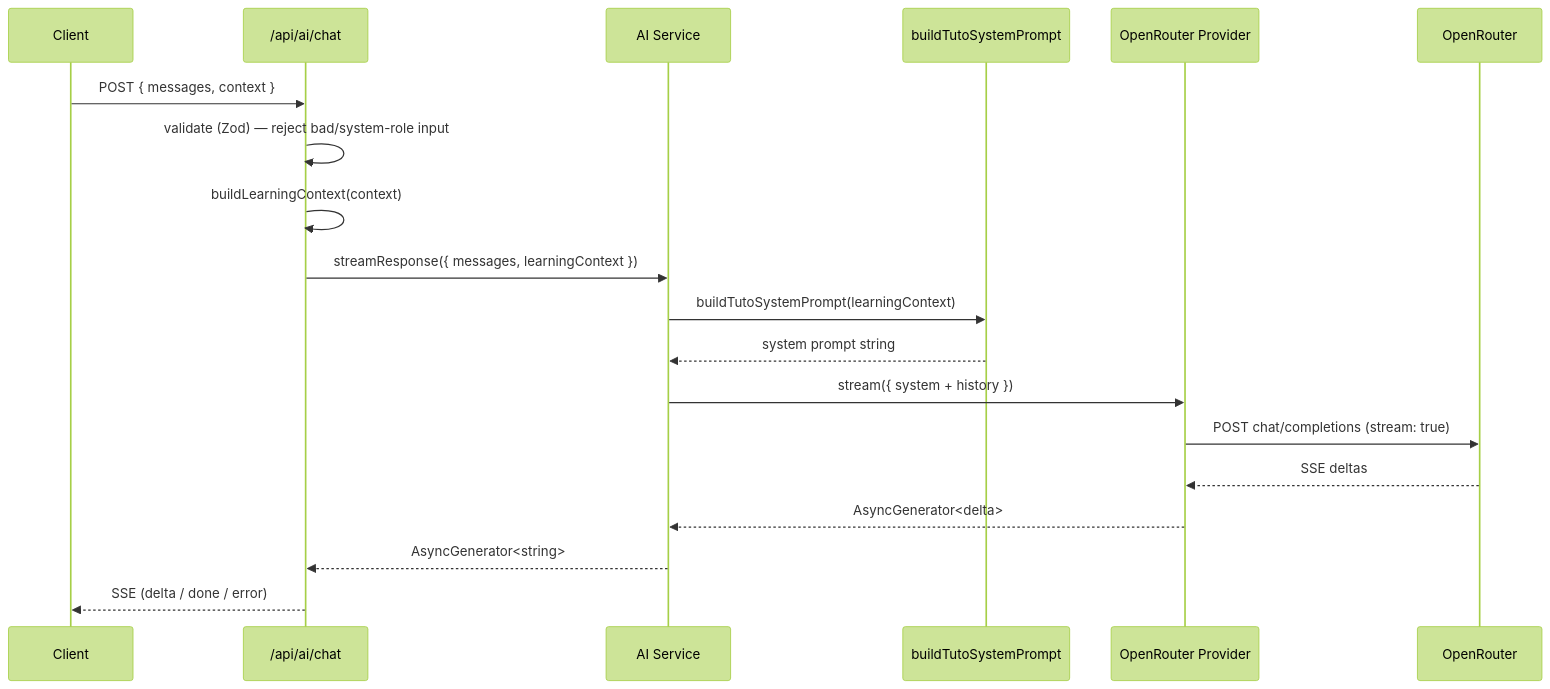
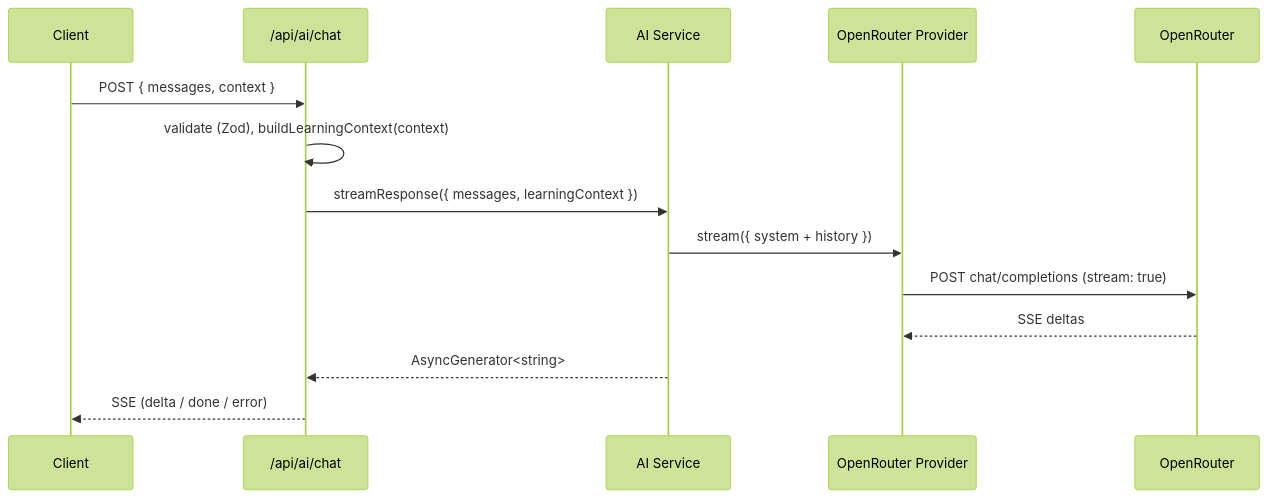
Before and after one commit to crazybizz-code/LinguAlphabet: the first of 2 diagrams in docs/ai-architecture.md, drawn with Mermaid (forest theme). The commit also changed other lines of this file and 16 other files, not shown here.

````diff
--- a/docs/ai-architecture.md
+++ b/docs/ai-architecture.md
@@ -201,22 +265,17 @@
 ```mermaid
 sequenceDiagram
     participant Client
     participant Route as /api/ai/chat
     participant Service as AI Service
-    participant Prompt as buildTutoSystemPrompt
     participant Provider as OpenRouter Provider
     participant OpenRouter
 
     Client->>Route: POST { messages, context }
-    Route->>Route: validate (Zod) — reject bad/system-role input
-    Route->>Route: buildLearningContext(context)
+    Route->>Route: validate (Zod), buildLearningContext(context)
     Route->>Service: streamResponse({ messages, learningContext })
-    Service->>Prompt: buildTutoSystemPrompt(learningContext)
-    Prompt-->>Service: system prompt string
     Service->>Provider: stream({ system + history })
     Provider->>OpenRouter: POST chat/completions (stream: true)
     OpenRouter-->>Provider: SSE deltas
-    Provider-->>Service: AsyncGenerator<delta>
     Service-->>Route: AsyncGenerator<string>
     Route-->>Client: SSE (delta / done / error)
 ```
````
